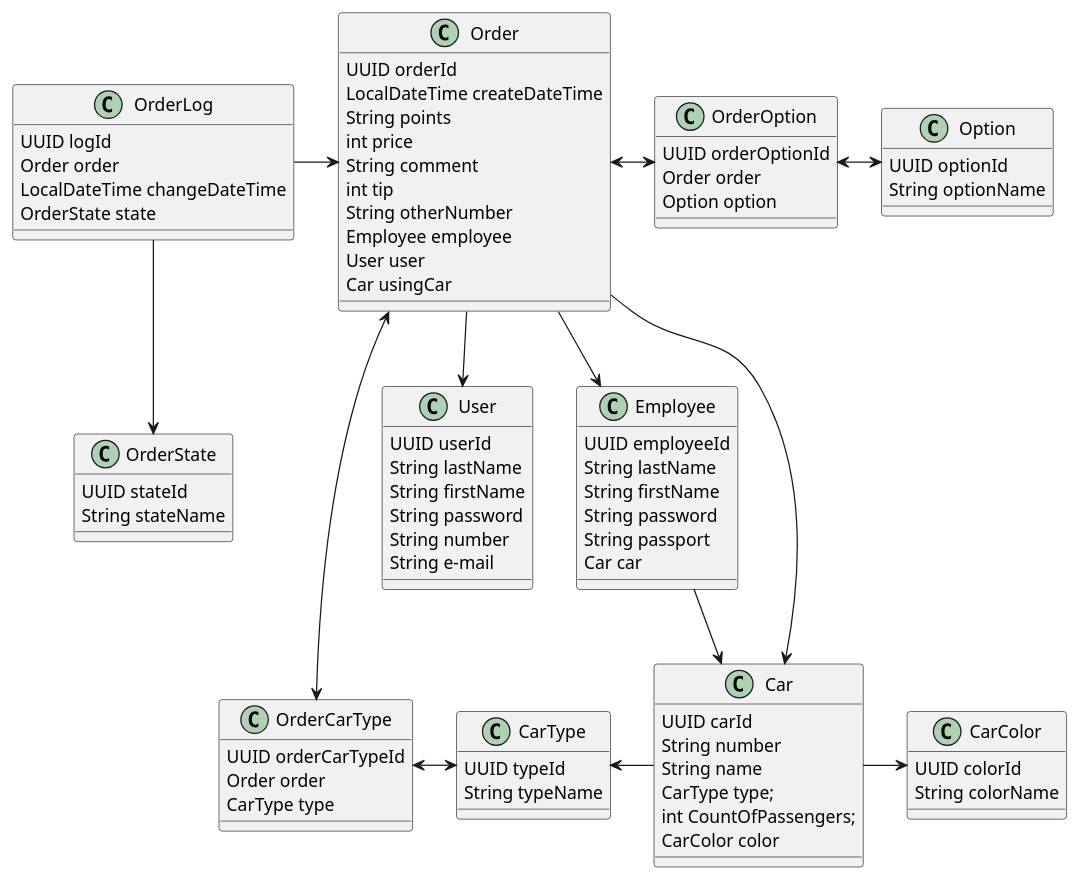
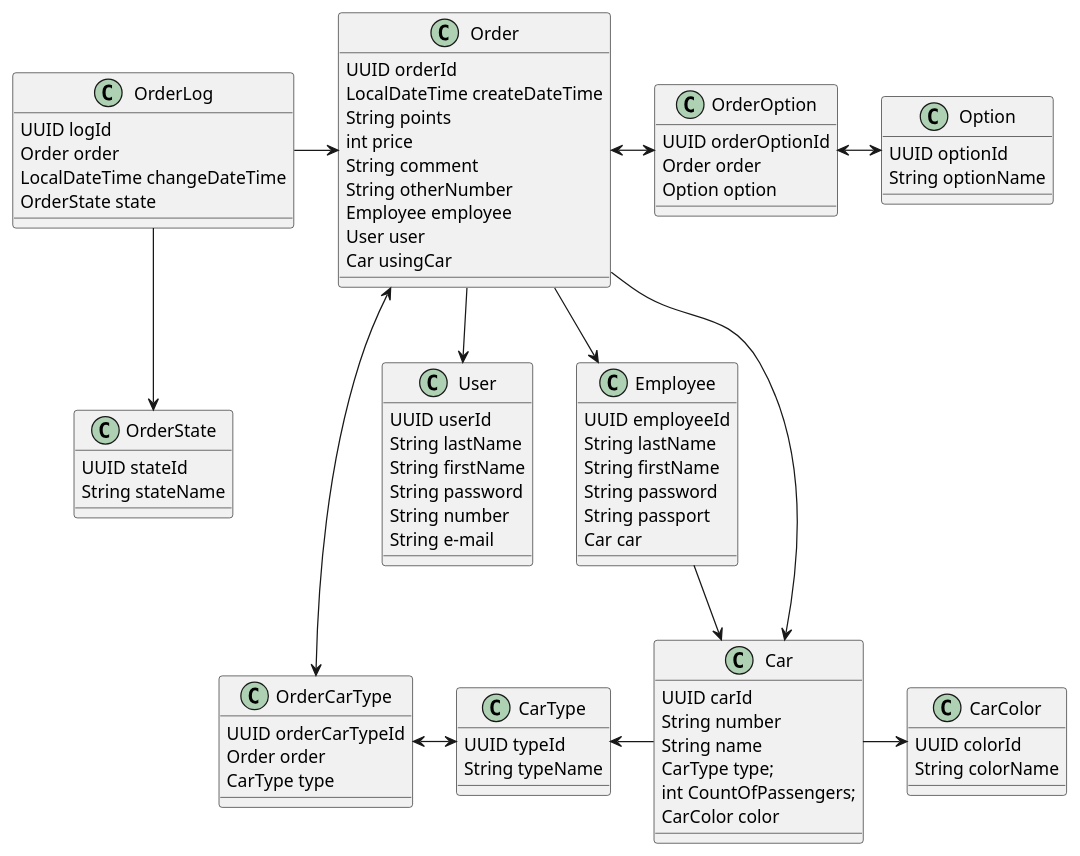
Before and after one commit to DEHuckaKpyT/taxi: the diagram in diagram.puml, drawn with PlantUML. The commit also changed 3 other files, not shown here.

```diff
--- a/diagram.puml
+++ b/diagram.puml
@@ -1,96 +1,95 @@
 @startuml
 'https://plantuml.com/class-diagram
 
 OrderLog -> Order
 Order --> User
 Order --> Employee
 Employee --> Car
 OrderLog --> OrderState
 Car -> CarColor
 CarType <- Car
 Order -> Car
 Order <-> OrderOption
 OrderOption <-> Option
 Order <--> OrderCarType
 OrderCarType <-> CarType
 
 class OrderLog{
 UUID logId
 Order order
 LocalDateTime changeDateTime
 OrderState state
 }
 
 class Order{
 UUID orderId
 LocalDateTime createDateTime
 String points
 int price
 String comment
-int tip
 String otherNumber
 Employee employee
 User user
 Car usingCar
 }
 
 
 class OrderCarType{
 UUID orderCarTypeId
 Order order
 CarType type
 }
 
 class CarType{
 UUID typeId
 String typeName
 }
 
 class OrderOption{
 UUID orderOptionId
 Order order
 Option option
 }
 
 class Option{
 UUID optionId
 String optionName
 }
 
 class User {
 UUID userId
 String lastName
 String firstName
 String password
 String number
 String e-mail
 }
 
 class Employee{
 UUID employeeId
 String lastName
 String firstName
 String password
 String passport
 Car car
 }
 
 class Car{
 UUID carId
 String number
 String name
 CarType type;
 int CountOfPassengers;
 CarColor color
 }
 
 class CarColor{
 UUID colorId
 String colorName
 }
 
 class OrderState{
 UUID stateId
 String stateName
 }
 @enduml
```
